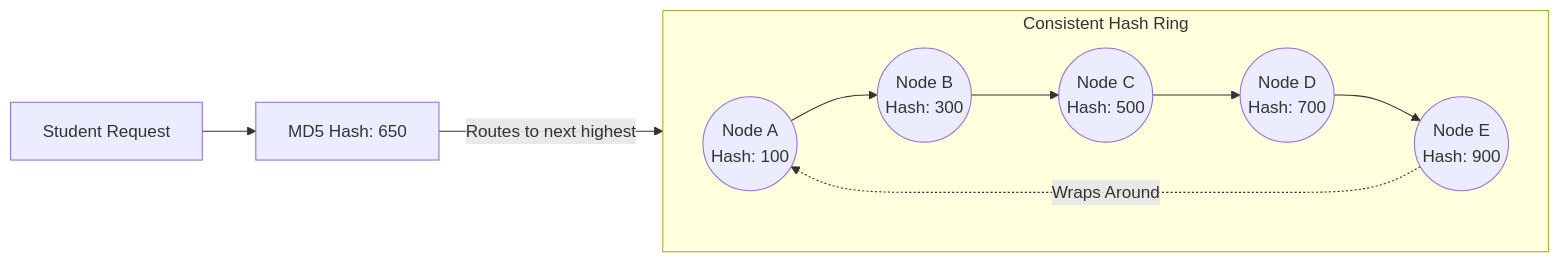
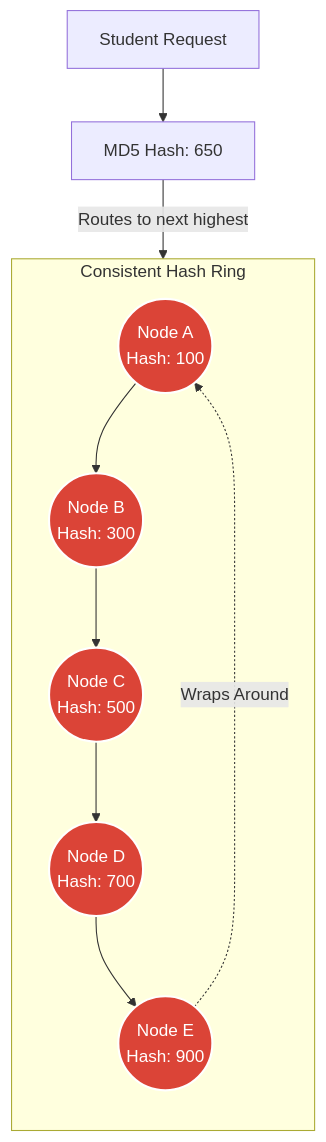
The second of 5 diagrams in README.md (Tanishq112005/JEE-Archive-Mock-Test-Platform), drawn with Mermaid before and after one commit. The commit also changed other lines of this file, not shown here.

````diff
--- a/README.md
+++ b/README.md
@@ -155,14 +164,16 @@
 ```mermaid
-graph LR
+graph TD
+    classDef cache fill:#DB4437,stroke:#fff,stroke-width:2px,color:#fff
+    
     subgraph HashRing [Consistent Hash Ring]
-        direction LR
-        N1((Node A <br/> Hash: 100)) --> N2((Node B <br/> Hash: 300))
-        N2 --> N3((Node C <br/> Hash: 500))
-        N3 --> N4((Node D <br/> Hash: 700))
-        N4 --> N5((Node E <br/> Hash: 900))
+        direction TB
+        N1((Node A <br/> Hash: 100)):::cache --> N2((Node B <br/> Hash: 300)):::cache
+        N2 --> N3((Node C <br/> Hash: 500)):::cache
+        N3 --> N4((Node D <br/> Hash: 700)):::cache
+        N4 --> N5((Node E <br/> Hash: 900)):::cache
         N5 -.->|Wraps Around| N1
     end
     
     User[Student Request] --> Hash[MD5 Hash: 650]
     Hash -->|Routes to next highest| N4
 ```
````
